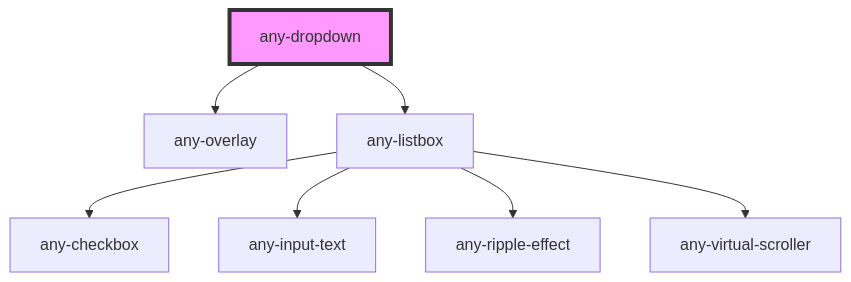
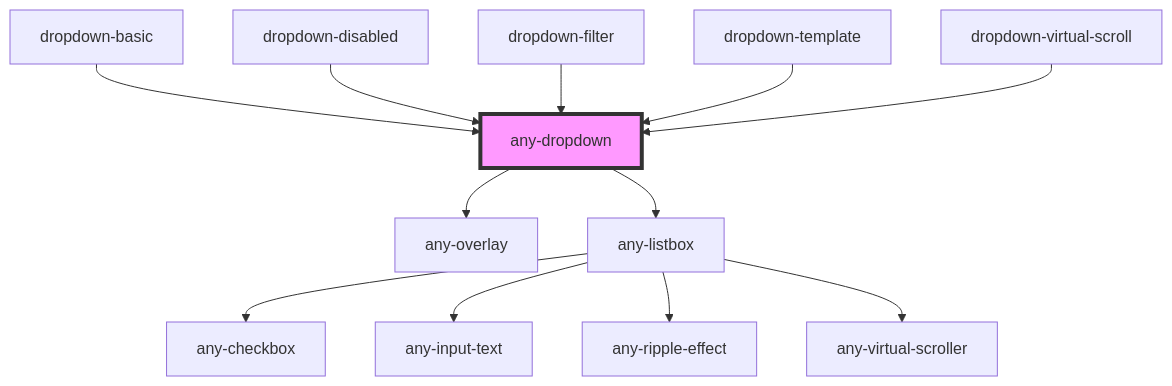
Before and after one commit to adaleks/anywhere-ui: the diagram in packages/core/src/components/dropdown/readme.md, drawn with Mermaid. The commit also changed other lines of this file and 65 other files, not shown here.

````diff
--- a/packages/core/src/components/dropdown/readme.md
+++ b/packages/core/src/components/dropdown/readme.md
@@ -64,10 +91,15 @@
 ```mermaid
 graph TD;
   any-dropdown --> any-overlay
   any-dropdown --> any-listbox
   any-listbox --> any-checkbox
   any-listbox --> any-input-text
   any-listbox --> any-ripple-effect
   any-listbox --> any-virtual-scroller
+  dropdown-basic --> any-dropdown
+  dropdown-disabled --> any-dropdown
+  dropdown-filter --> any-dropdown
+  dropdown-template --> any-dropdown
+  dropdown-virtual-scroll --> any-dropdown
   style any-dropdown fill:#f9f,stroke:#333,stroke-width:4px
 ```
````
